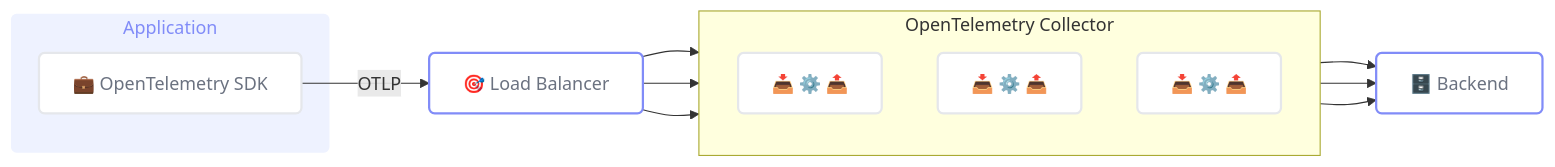
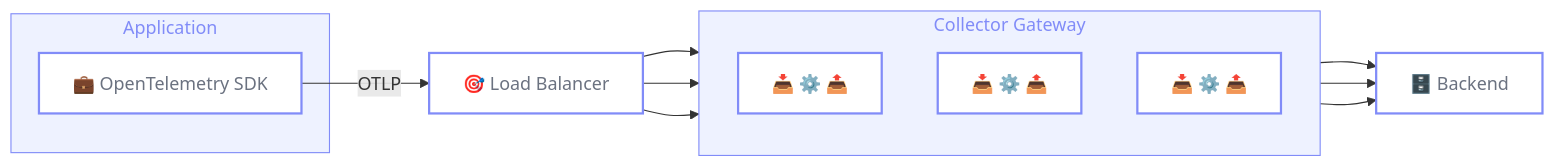
The third of 4 diagrams in content/en/docs/guidance/blueprints/centralized-platforms.md (open-telemetry/opentelemetry.io), drawn with Mermaid before and after one commit. The commit also changed other lines of this file, not shown here.

Commit message:
Uniform Mermaid diagrams

````diff
--- a/content/en/docs/guidance/blueprints/centralized-platforms.md
+++ b/content/en/docs/guidance/blueprints/centralized-platforms.md
@@ -389,39 +398,41 @@
 ```mermaid
+---
+config:
+  flowchart:
+    curve: basis
+---
 flowchart LR
     %% Application Subgraph
     subgraph App["Application"]
-        SDK["💼 OpenTelemetry SDK"]:::whiteNode
+        SDK["💼 OpenTelemetry SDK"]:::node
     end
 
     %% Load Balancer
-    LB["🎯 Load Balancer"]:::accentNode
+    LB["🎯 Load Balancer"]:::node
 
     %% OpenTelemetry Collector Subgraph
-    subgraph OTelCol["OpenTelemetry Collector"]
+    subgraph OTelCol["Collector Gateway"]
         direction TB
-        C1["📥 ⚙️ 📤"]:::whiteNode
-        C2["📥 ⚙️ 📤"]:::whiteNode
-        C3["📥 ⚙️ 📤"]:::whiteNode
+        C1["📥 ⚙️ 📤"]:::node
+        C2["📥 ⚙️ 📤"]:::node
+        C3["📥 ⚙️ 📤"]:::node
     end
 
     %% Backend
-    Backend["🗄️ Backend"]:::accentNode
+    Backend["🗄️ Backend"]:::node
 
     %% Connections
     SDK -- "OTLP" --> LB
 
     LB --> C1
     LB --> C2
     LB --> C3
 
     C1 --> Backend
     C2 --> Backend
     C3 --> Backend
 
-    %% Custom Styles (Matching the image's color palette)
-    classDef whiteNode fill:#ffffff, stroke:#e5e7eb, stroke-width:2px, color:#6b7280, rx:5px, ry:5px
-    classDef accentNode fill:#ffffff, stroke:#818cf8, stroke-width:2px, color:#6b7280, rx:5px, ry:5px
-
-    style App fill:#eef2ff, stroke:#ffffff, stroke-width:0px, color:#818cf8, rx:5px, ry:5px
-    style OTelCol fill:#
+    classDef node fill:#ffffff, stroke:#818cf8, stroke-width:2px, color:#6b7280
+    style App fill:#eef2ff, stroke:#818cf8, stroke-width:1px, color:#818cf8
+    style OTelCol fill:#eef2ff, stroke:#818cf8, stroke-width:1px, color:#818cf8
 ```
````
